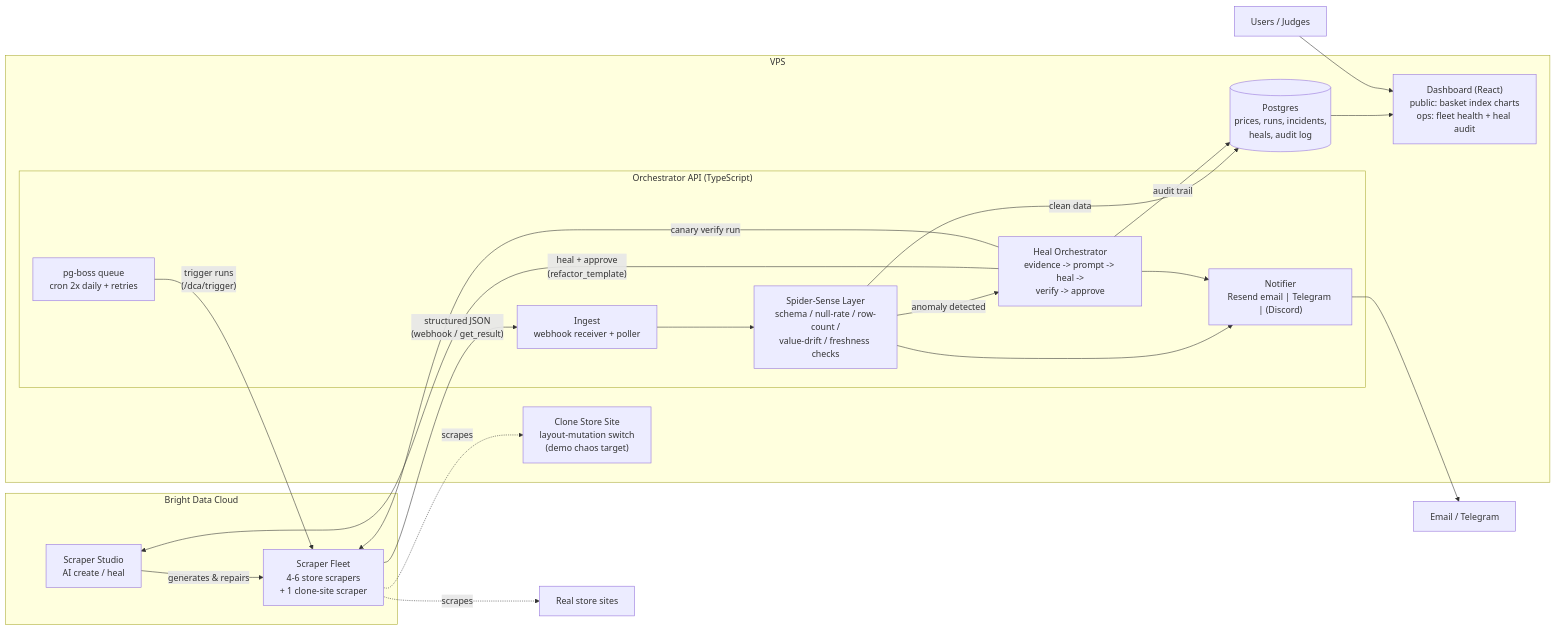
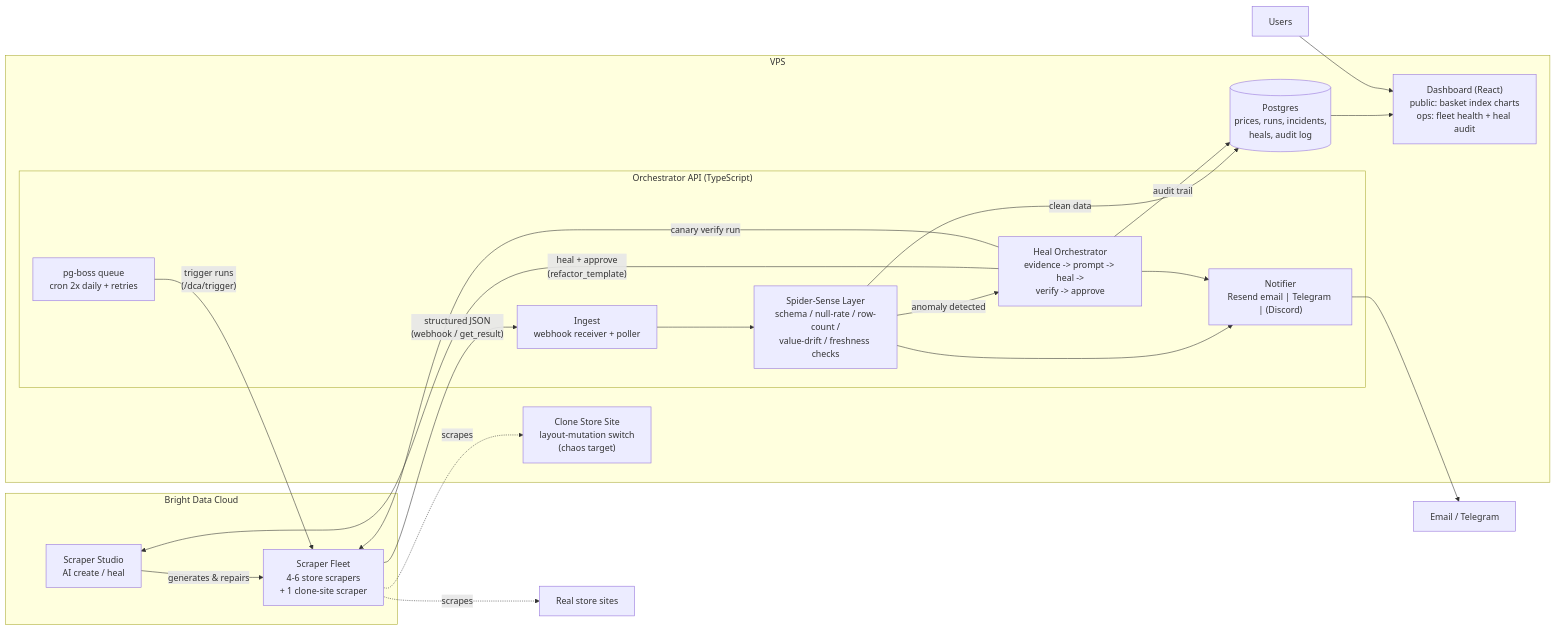
The first of 5 diagrams in docs/architecture.md (spencerjireh/basketwatch), drawn with Mermaid before and after one commit. The commit also changed other lines of this file and 9 other files, not shown here.

````diff
--- a/docs/architecture.md
+++ b/docs/architecture.md
@@ -60,40 +57,40 @@
 ```mermaid
 flowchart LR
     subgraph BD["Bright Data Cloud"]
         SS["Scraper Studio<br/>AI create / heal"]
         FLEET["Scraper Fleet<br/>4-6 store scrapers<br/>+ 1 clone-site scraper"]
         SS -->|generates & repairs| FLEET
     end
 
     subgraph VPS["VPS"]
         subgraph API["Orchestrator API (TypeScript)"]
             SCHED["pg-boss queue<br/>cron 2x daily + retries"]
             INGEST["Ingest<br/>webhook receiver + poller"]
             SENSE["Spider-Sense Layer<br/>schema / null-rate / row-count /<br/>value-drift / freshness checks"]
             HEAL["Heal Orchestrator<br/>evidence -> prompt -> heal -><br/>verify -> approve"]
             NOTIF["Notifier<br/>Resend email | Telegram | (Discord)"]
         end
         DB[("Postgres<br/>prices, runs, incidents,<br/>heals, audit log")]
         DASH["Dashboard (React)<br/>public: basket index charts<br/>ops: fleet health + heal audit"]
-        CLONE["Clone Store Site<br/>layout-mutation switch<br/>(demo chaos target)"]
+        CLONE["Clone Store Site<br/>layout-mutation switch<br/>(chaos target)"]
     end
 
-    USERS["Users / Judges"]
+    USERS["Users"]
     CHANNELS["Email / Telegram"]
 
     SCHED -->|"trigger runs<br/>(/dca/trigger)"| FLEET
     FLEET -->|"structured JSON<br/>(webhook / get_result)"| INGEST
     INGEST --> SENSE
     SENSE -->|clean data| DB
     SENSE -->|anomaly detected| HEAL
     HEAL -->|"heal + approve<br/>(refactor_template)"| SS
     HEAL -->|canary verify run| FLEET
     HEAL -->|audit trail| DB
     SENSE --> NOTIF
     HEAL --> NOTIF
     DB --> DASH
     NOTIF --> CHANNELS
     USERS --> DASH
     FLEET -.->|scrapes| CLONE
     FLEET -.->|scrapes| WEB["Real store sites"]
 ```
````
